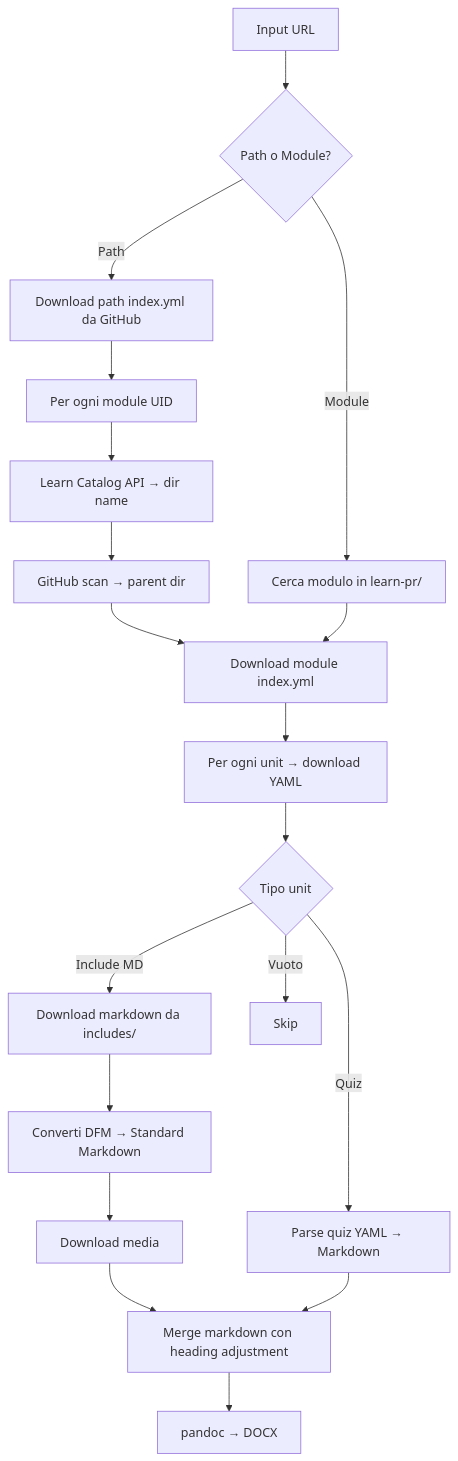
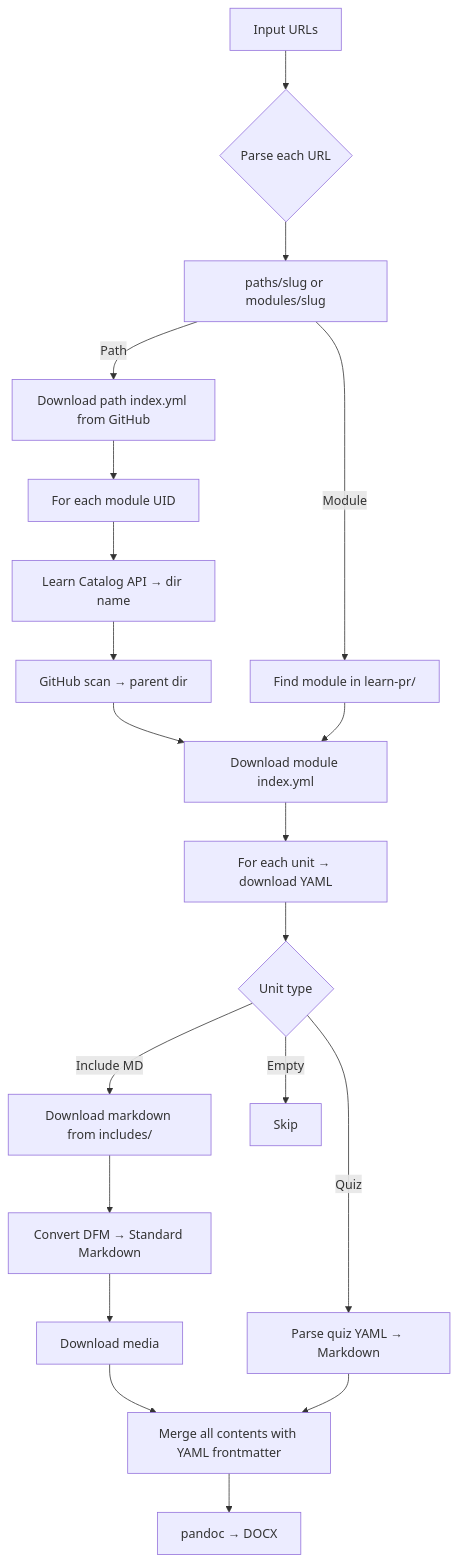
One commit to ricibald/msft-learn-to-docx changed the diagram in README.md. Above: the diagram before and after it, drawn with Mermaid. The commit also changed other lines of this file and 7 other files, not shown here.

Commit message:
feat: enhance CLI with multi-URL support, custom title, and output format options; update documentation and improve markdown merging logic

````diff
--- a/README.md
+++ b/README.md
@@ -50,21 +86,22 @@
 ```mermaid
 graph TD
-    A[Input URL] --> B{Path o Module?}
-    B -->|Path| C[Download path index.yml da GitHub]
-    B -->|Module| D[Cerca modulo in learn-pr/]
-    C --> E[Per ogni module UID]
-    E --> F[Learn Catalog API → dir name]
-    F --> G[GitHub scan → parent dir]
-    G --> H[Download module index.yml]
-    H --> I[Per ogni unit → download YAML]
-    I --> J{Tipo unit}
-    J -->|Include MD| K[Download markdown da includes/]
-    J -->|Quiz| L[Parse quiz YAML → Markdown]
-    J -->|Vuoto| M[Skip]
-    K --> N[Converti DFM → Standard Markdown]
-    N --> O[Download media]
-    D --> H
-    O --> P[Merge markdown con heading adjustment]
-    L --> P
-    P --> Q[pandoc → DOCX]
+    A[Input URLs] --> B{Parse each URL}
+    B --> C[paths/slug or modules/slug]
+    C -->|Path| D[Download path index.yml from GitHub]
+    C -->|Module| E[Find module in learn-pr/]
+    D --> F[For each module UID]
+    F --> G[Learn Catalog API → dir name]
+    G --> H[GitHub scan → parent dir]
+    H --> I[Download module index.yml]
+    I --> J[For each unit → download YAML]
+    J --> K{Unit type}
+    K -->|Include MD| L[Download markdown from includes/]
+    K -->|Quiz| M[Parse quiz YAML → Markdown]
+    K -->|Empty| N[Skip]
+    L --> O[Convert DFM → Standard Markdown]
+    O --> P[Download media]
+    E --> I
+    P --> Q[Merge all contents with YAML frontmatter]
+    M --> Q
+    Q --> R[pandoc → DOCX]
 ```
````
